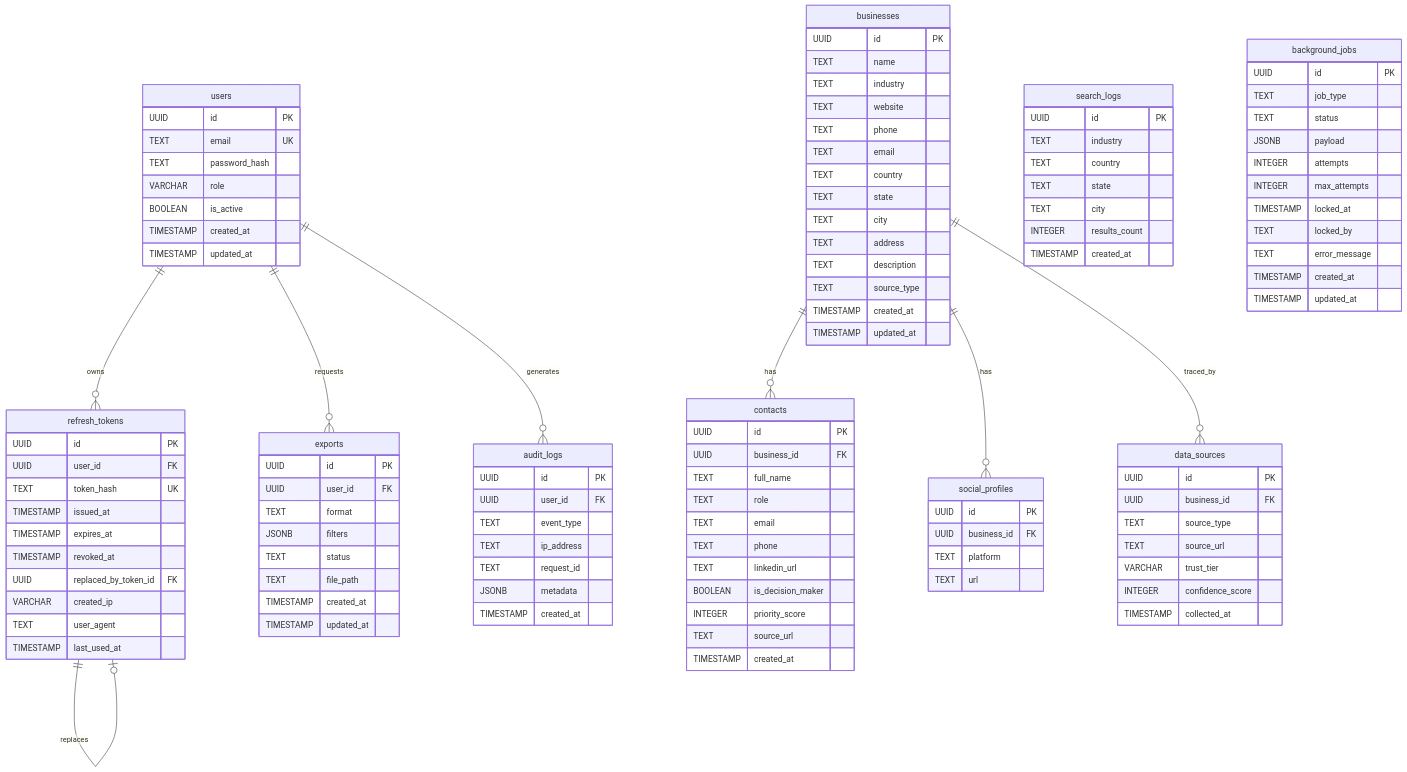
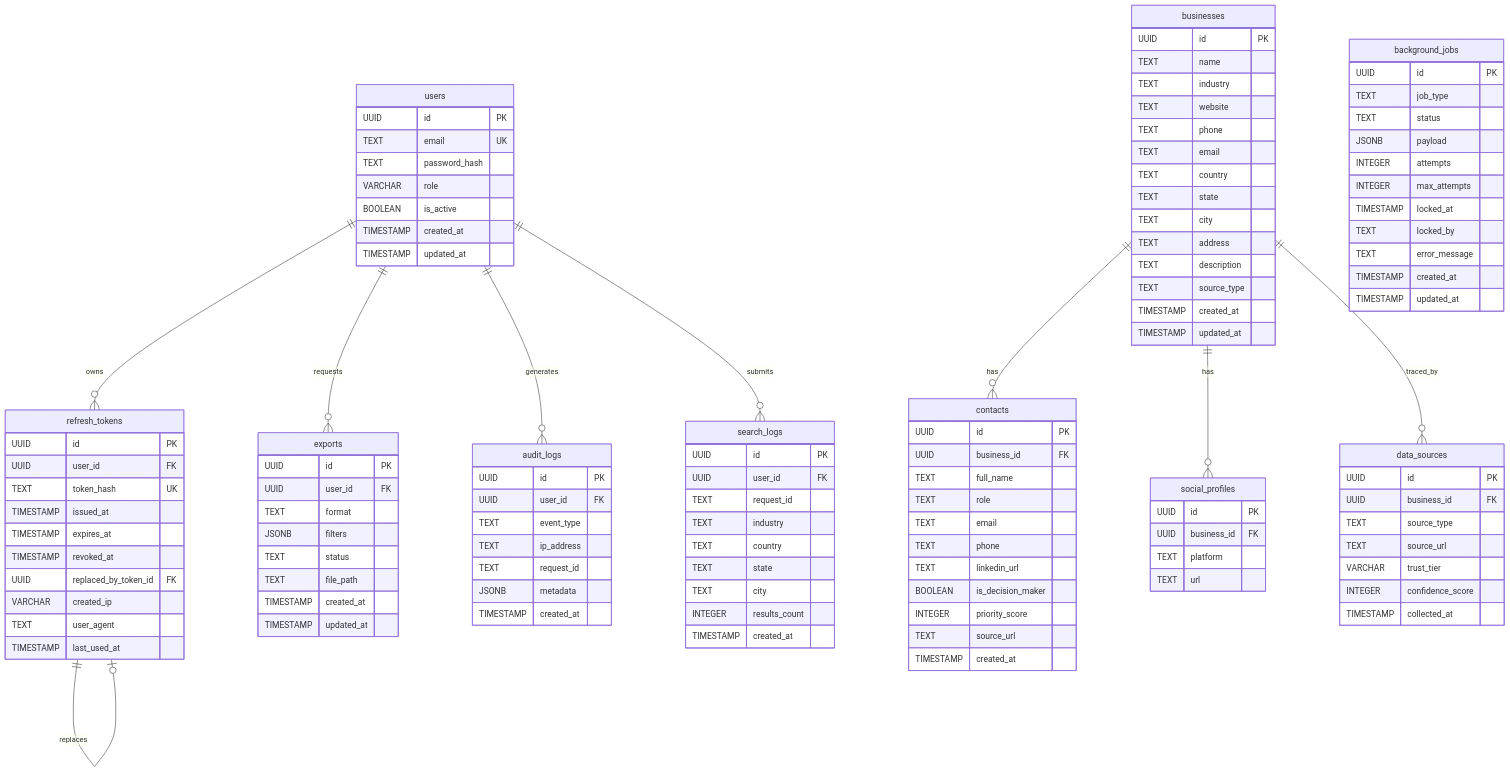
Before and after one commit to eazyman92/Lead-generator-app: the diagram in docs/database-erd.md, drawn with Mermaid. The commit also changed other lines of this file and 38 other files, not shown here.

```diff
--- a/docs/database-erd.md
+++ b/docs/database-erd.md
@@ -16,6 +19,7 @@
     refresh_tokens ||--o| refresh_tokens : replaces
     users ||--o{ exports : requests
     users ||--o{ audit_logs : generates
+    users ||--o{ search_logs : submits
     businesses ||--o{ contacts : has
     businesses ||--o{ social_profiles : has
     businesses ||--o{ data_sources : traced_by
@@ -93,6 +97,8 @@
 
     search_logs {
         UUID id PK
+        UUID user_id FK
+        TEXT request_id
         TEXT industry
         TEXT country
         TEXT state
```
